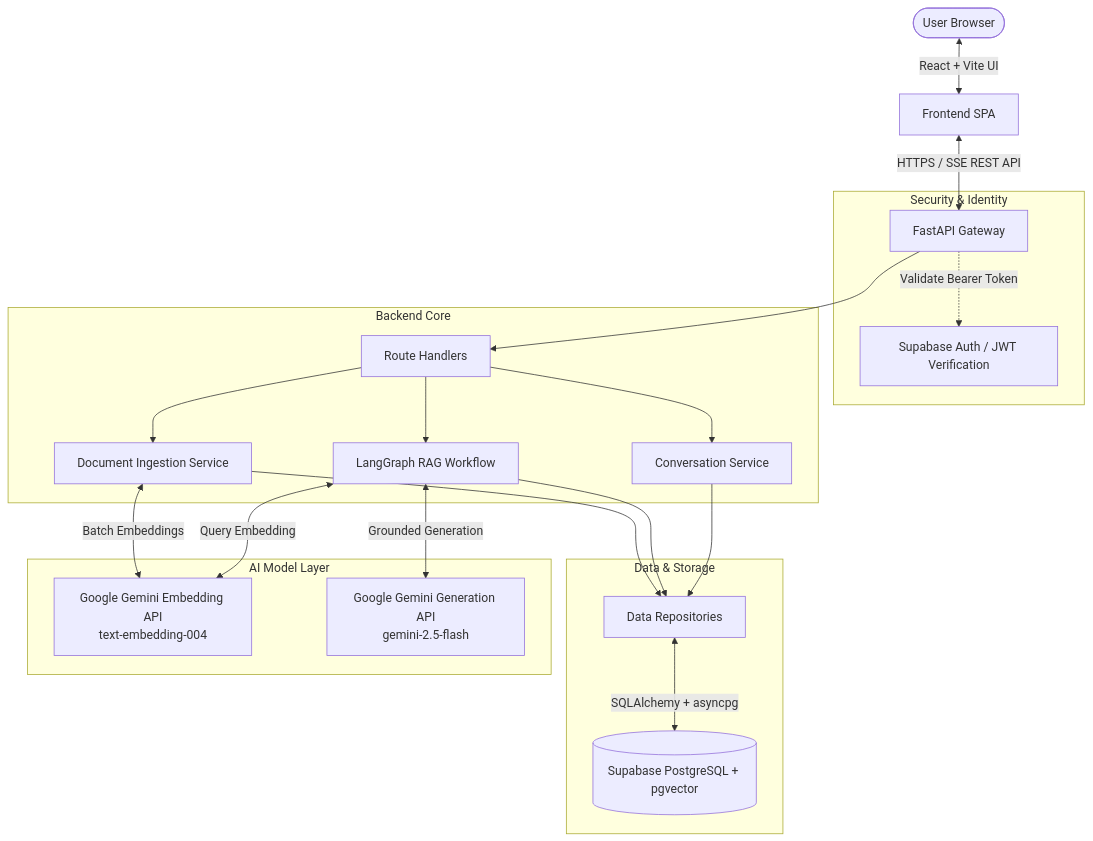
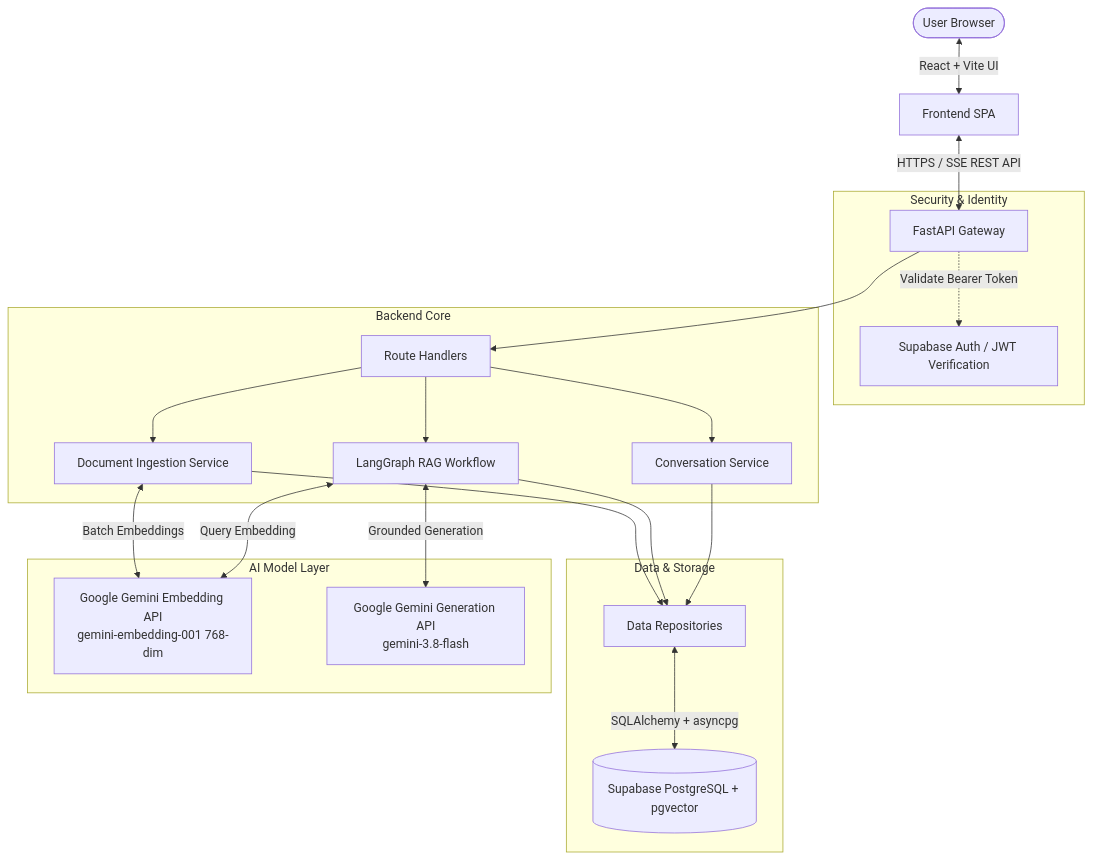
Before and after one commit to Temkin236/knowledge-ai: the diagram in docs/ARCHITECTURE.md, drawn with Mermaid. The commit also changed other lines of this file and 16 other files, not shown here.

````diff
--- a/docs/ARCHITECTURE.md
+++ b/docs/ARCHITECTURE.md
@@ -7,30 +7,30 @@
 ```mermaid
 graph TD
     User([User Browser]) <--> |React + Vite UI| Frontend[Frontend SPA]
     Frontend <--> |HTTPS / SSE REST API| API[FastAPI Gateway]
     
     subgraph Security & Identity
         Auth[Supabase Auth / JWT Verification]
         API -.-> |Validate Bearer Token| Auth
     end
 
     subgraph Backend Core
         API --> Controllers[Route Handlers]
         Controllers --> IngestionService[Document Ingestion Service]
         Controllers --> RAGGraph[LangGraph RAG Workflow]
         Controllers --> ConvService[Conversation Service]
     end
 
     subgraph Data & Storage
         IngestionService --> Repositories[Data Repositories]
         RAGGraph --> Repositories
         ConvService --> Repositories
         Repositories <--> |SQLAlchemy + asyncpg| PG[(Supabase PostgreSQL + pgvector)]
     end
 
     subgraph AI Model Layer
-        IngestionService <--> |Batch Embeddings| GeminiEmbed[Google Gemini Embedding API<br/>text-embedding-004]
+        IngestionService <--> |Batch Embeddings| GeminiEmbed[Google Gemini Embedding API<br/>gemini-embedding-001 768-dim]
         RAGGraph <--> |Query Embedding| GeminiEmbed
-        RAGGraph <--> |Grounded Generation| GeminiLLM[Google Gemini Generation API<br/>gemini-2.5-flash]
+        RAGGraph <--> |Grounded Generation| GeminiLLM[Google Gemini Generation API<br/>gemini-3.8-flash]
     end
 ```
````
